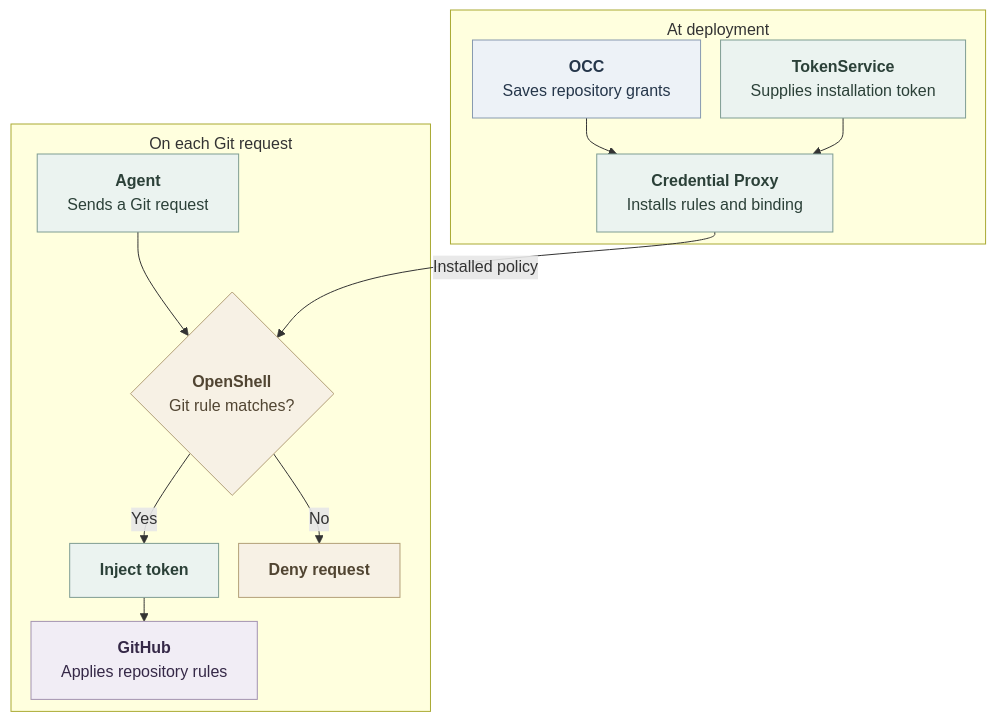
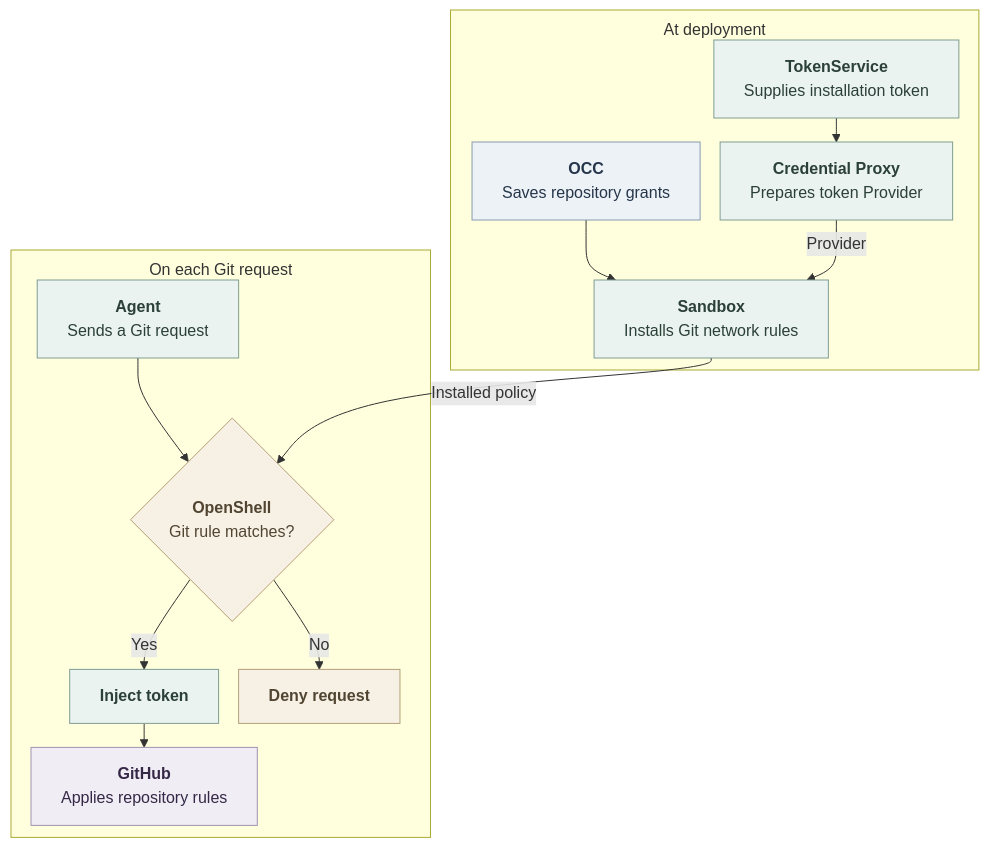
One commit to openclaw/openclaw-enterprise changed the diagram in docs/design/credential-proxy-architecture.md. Above: the diagram before and after it, drawn with Mermaid. The commit also changed other lines of this file and 9 other files, not shown here.

````diff
--- a/docs/design/credential-proxy-architecture.md
+++ b/docs/design/credential-proxy-architecture.md
@@ -43,32 +44,33 @@
 ```mermaid
 ---
 config:
   htmlLabels: true
   flowchart:
     nodeSpacing: 20
     rankSpacing: 24
     subGraphTitleMargin:
       top: 8
       bottom: 10
 ---
 flowchart TB
   subgraph Deployment["At deployment"]
-    OCC["<b>OCC</b><br/>Saves repository grants"] --> Proxy["<b>Credential Proxy</b><br/>Installs rules and binding"]
+    OCC["<b>OCC</b><br/>Saves repository grants"] --> Sandbox["<b>Sandbox</b><br/>Installs Git network rules"]
     TS["<b>TokenService</b><br/>Supplies installation token"] --> Proxy
+    Proxy["<b>Credential Proxy</b><br/>Prepares token Provider"] -->|Provider| Sandbox
   end
   subgraph Request["On each Git request"]
     Agent["<b>Agent</b><br/>Sends a Git request"] --> Match{"<b>OpenShell</b><br/>Git rule matches?"}
     Match -->|Yes| Inject["<b>Inject token</b>"] --> GitHub["<b>GitHub</b><br/>Applies repository rules"]
     Match -->|No| Deny["<b>Deny request</b>"]
   end
-  Proxy -->|Installed policy| Match
+  Sandbox -->|Installed policy| Match
 
   classDef state fill:#EDF2F7,stroke:#879AB0,color:#25364A,stroke-width:1px
   classDef operation fill:#EBF3F0,stroke:#7F9D93,color:#2B4038,stroke-width:1px
   classDef external fill:#F1EDF5,stroke:#A392B1,color:#352847,stroke-width:1px
   classDef condition fill:#F7F1E5,stroke:#B3A078,color:#514532,stroke-width:1px
   class OCC state
-  class TS,Proxy,Agent,Inject operation
+  class TS,Proxy,Sandbox,Agent,Inject operation
   class GitHub external
   class Match,Deny condition
 ```
````
